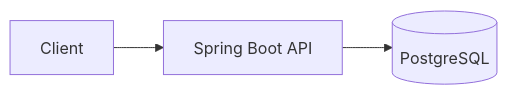
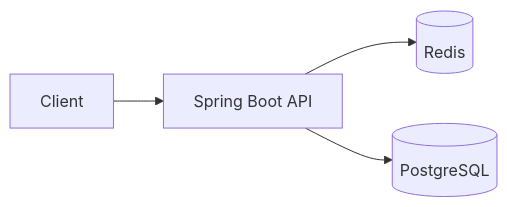
The first of 2 diagrams in docs/system-design.md (rohannsaxena2609/shortline), drawn with Mermaid before and after one commit. The commit also changed other lines of this file and 1 other file, not shown here.

Commit message:
docs: document Redis-backed redirect path

````diff
--- a/docs/system-design.md
+++ b/docs/system-design.md
@@ -16,5 +16,6 @@
 ```mermaid
 flowchart LR
   Client --> API[Spring Boot API]
+  API --> Cache[(Redis)]
   API --> DB[(PostgreSQL)]
 ```
````
